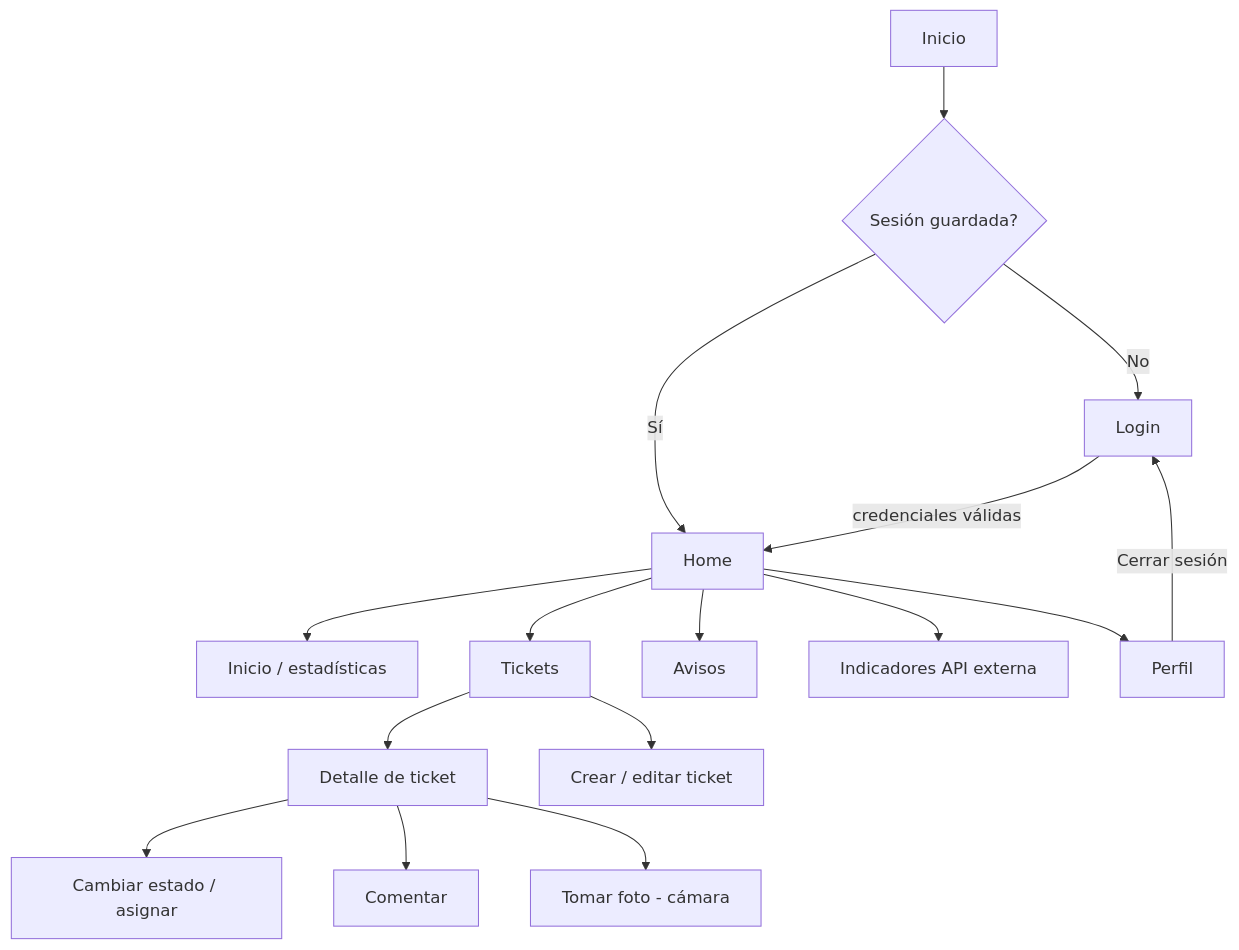
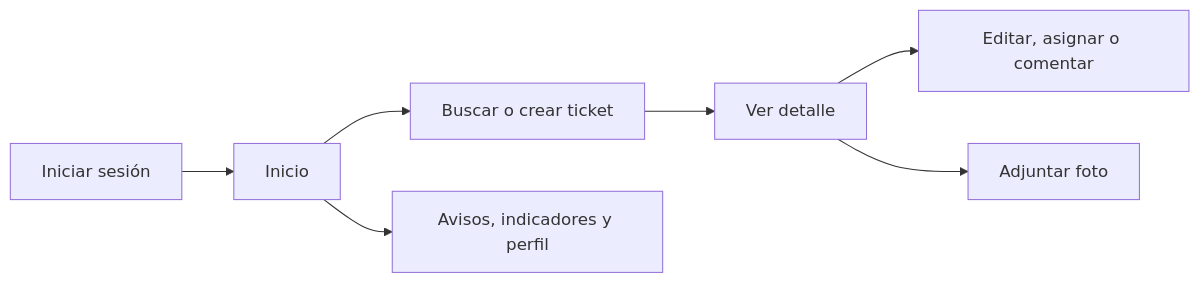
One commit to Thxmvxxn47/panalsuite_Marin_loncopanEV3 changed the first of 2 diagrams in README.md. Above: the diagram before and after it, drawn with Mermaid. The commit also changed other lines of this file, not shown here.

````diff
--- a/README.md
+++ b/README.md
@@ -119,18 +48,9 @@
 ```mermaid
-flowchart TD
-    A[Inicio] --> B{Sesión guardada?}
-    B -- No --> C[Login]
-    B -- Sí --> D[Home]
-    C -->|credenciales válidas| D
-    D --> E[Inicio / estadísticas]
-    D --> F[Tickets]
-    D --> G[Avisos]
-    D --> H[Indicadores API externa]
-    D --> I[Perfil]
-    F --> J[Detalle de ticket]
-    F --> K[Crear / editar ticket]
-    J --> L[Cambiar estado / asignar]
-    J --> M[Comentar]
-    J --> N[Tomar foto - cámara]
-    I -->|Cerrar sesión| C
+flowchart LR
+    A[Iniciar sesión] --> B[Inicio]
+    B --> C[Buscar o crear ticket]
+    C --> D[Ver detalle]
+    D --> E[Editar, asignar o comentar]
+    D --> F[Adjuntar foto]
+    B --> G[Avisos, indicadores y perfil]
 ```
````
